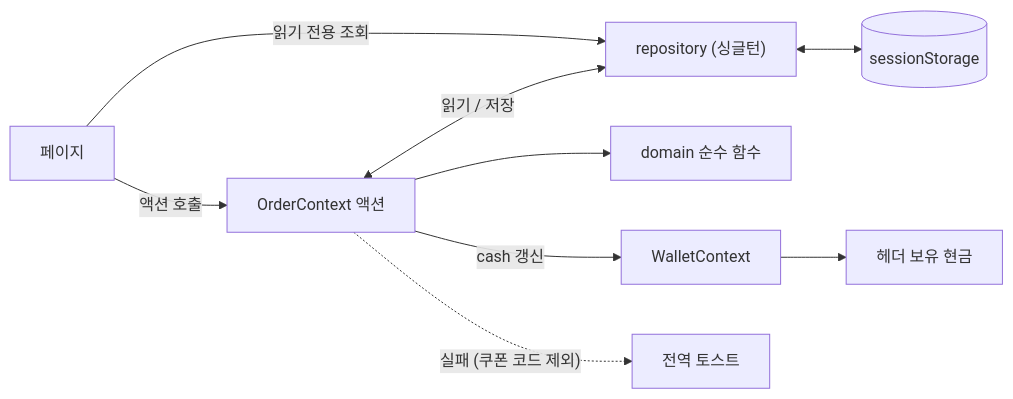
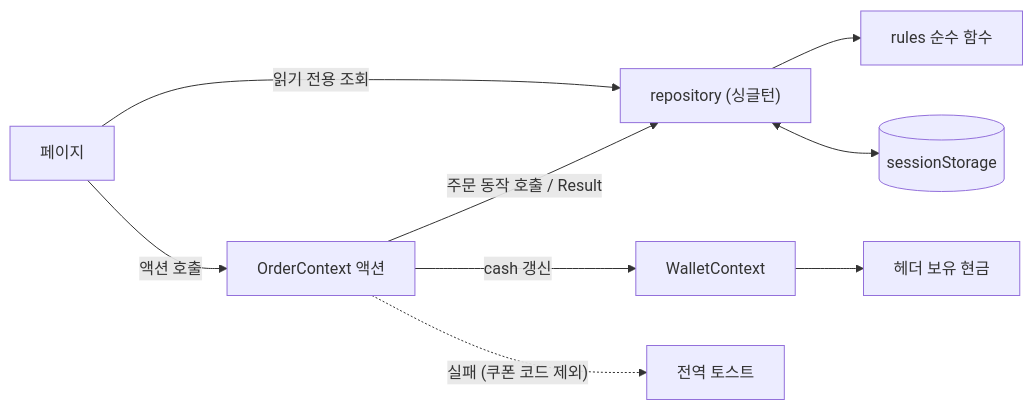
The diagram in docs/common/design/architecture/structure.md (rhsiddlsidhd/ai-codegen-trust), drawn with Mermaid before and after one commit. The commit also changed other lines of this file and 9 other files, not shown here.

First line of the commit message:
docs(docs): move domain rules into repository as server (#11)

````diff
--- a/docs/common/design/architecture/structure.md
+++ b/docs/common/design/architecture/structure.md
@@ -91,11 +94,11 @@
 ```mermaid
 flowchart LR
     Page["페이지"] -->|액션 호출| OrderCtx["OrderContext 액션"]
     Page -->|읽기 전용 조회| Repo["repository (싱글턴)"]
-    OrderCtx --> Domain["domain 순수 함수"]
-    OrderCtx <-->|읽기 / 저장| Repo
+    OrderCtx -->|주문 동작 호출 / Result| Repo
+    Repo --> Rules["rules 순수 함수"]
     OrderCtx -->|cash 갱신| WalletCtx["WalletContext"]
     OrderCtx -.->|"실패 (쿠폰 코드 제외)"| Toast["전역 토스트"]
     WalletCtx --> Header["헤더 보유 현금"]
     Repo <--> Storage[("sessionStorage")]
 ```
````
